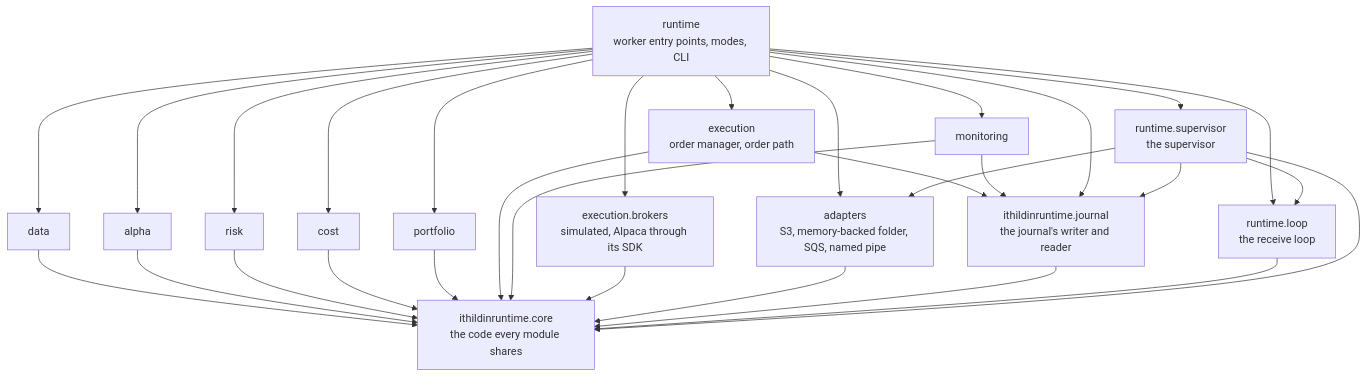
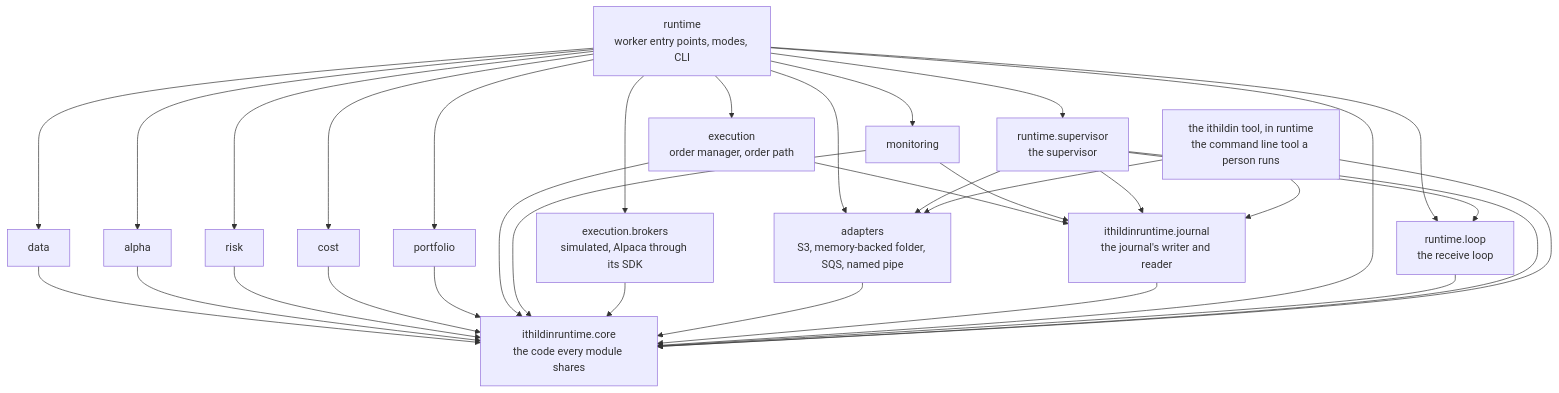
Before and after one commit to l3a0/ithildin-runtime: the seventh of 7 diagrams in docs/architecture/05-building-blocks.md, drawn with Mermaid. The commit also changed other lines of this file and 5 other files, not shown here.

````diff
--- a/docs/architecture/05-building-blocks.md
+++ b/docs/architecture/05-building-blocks.md
@@ -948,47 +948,51 @@
 ```mermaid
 flowchart TB
     core["ithildinruntime.core<br/>the code every module shares"]
     journal["ithildinruntime.journal<br/>the journal's writer and reader"]
     adapters["adapters<br/>S3, memory-backed folder, SQS, named pipe"]
     data["data"]
     alpha["alpha"]
     risk["risk"]
     cost["cost"]
     portfolio["portfolio"]
     execution["execution<br/>order manager, order path"]
     brokers["execution.brokers<br/>simulated, Alpaca through its SDK"]
     monitoring["monitoring"]
     runtime["runtime<br/>worker entry points, modes, CLI"]
     loop["runtime.loop<br/>the receive loop"]
     supervisor["runtime.supervisor<br/>the supervisor"]
+    tool["the ithildin tool, in runtime<br/>the command line tool a person runs"]
 
     data --> core
     alpha --> core
     risk --> core
     cost --> core
     portfolio --> core
     execution --> core
     monitoring --> core
     brokers --> core
     adapters --> core
     journal --> core
     execution --> journal
     monitoring --> journal
+    runtime --> core
     runtime --> adapters
-    runtime --> journal
     runtime --> data
     runtime --> alpha
     runtime --> risk
     runtime --> cost
     runtime --> portfolio
     runtime --> execution
     runtime --> brokers
     runtime --> monitoring
     runtime --> loop
     runtime --> supervisor
     loop --> core
     supervisor --> core
     supervisor --> journal
     supervisor --> adapters
     supervisor --> loop
+    tool --> core
+    tool --> adapters
+    tool --> journal
 ```
````
